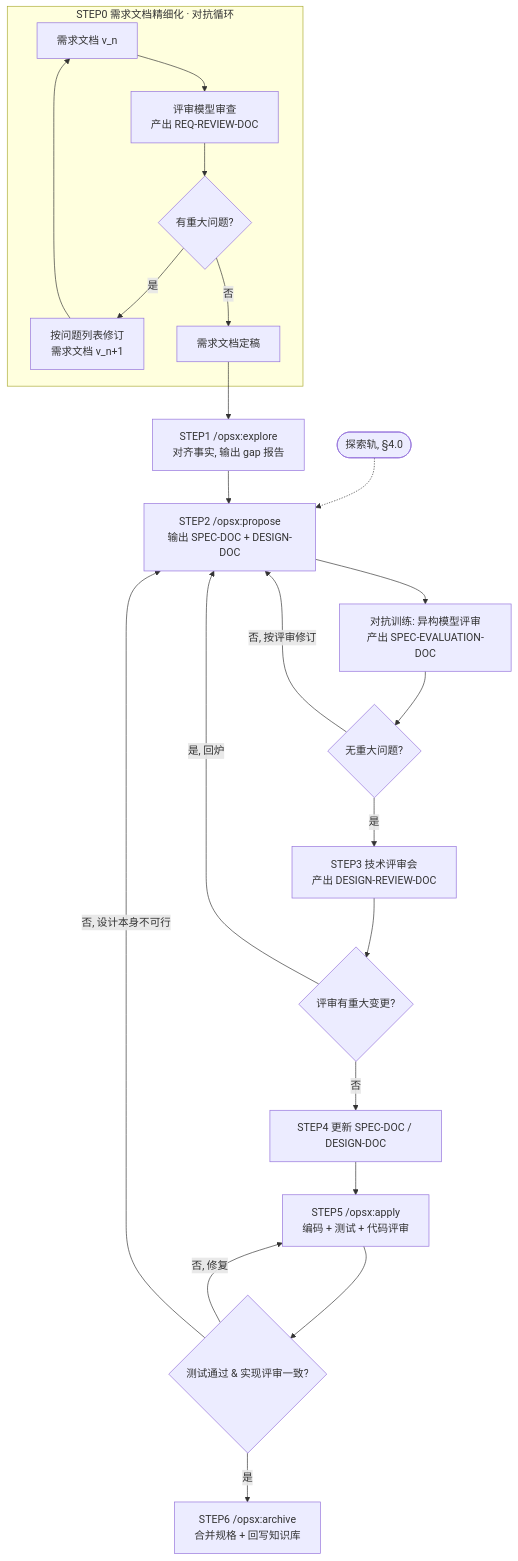
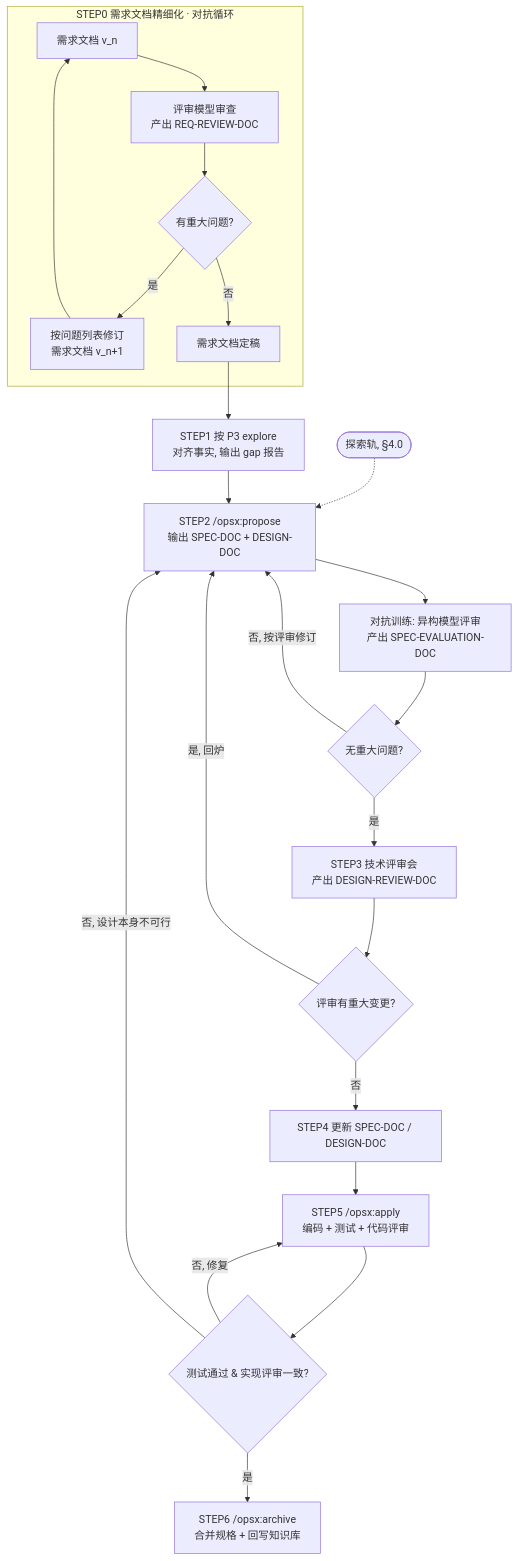
Before and after one commit to Apriorhythm/apriori-spec-development: the second of 3 diagrams in README_cn.md, drawn with Mermaid. The commit also changed other lines of this file and 3 other files, not shown here.

First line of the commit message:
fix: P8 round 1 — sync README to the new STEP1/explore semantics, P7 re-absorbs the produce-the-record mandate, README config examples drop rules.apply

````diff
--- a/README_cn.md
+++ b/README_cn.md
@@ -368,29 +368,29 @@
 ```mermaid
 graph TD
     %% 节点以适配器命令(/opsx:*)标示接口动作
     X0([探索轨, §4.0]) -.-> C
     subgraph S0[STEP0 需求文档精细化 · 对抗循环]
         A1[需求文档 v_n] --> A2[评审模型审查<br/>产出 REQ-REVIEW-DOC]
         A2 --> A3{有重大问题?}
         A3 -- 是 --> A4[按问题列表修订<br/>需求文档 v_n+1]
         A4 --> A1
         A3 -- 否 --> A5[需求文档定稿]
     end
 
-    A5 --> B[STEP1 /opsx:explore<br/>对齐事实, 输出 gap 报告]
+    A5 --> B[STEP1 按 P3 explore<br/>对齐事实, 输出 gap 报告]
     B --> C[STEP2 /opsx:propose<br/>输出 SPEC-DOC + DESIGN-DOC]
 
     C --> D[对抗训练: 异构模型评审<br/>产出 SPEC-EVALUATION-DOC]
     D --> D2{无重大问题?}
     D2 -- 否, 按评审修订 --> C
 
     D2 -- 是 --> E[STEP3 技术评审会<br/>产出 DESIGN-REVIEW-DOC]
     E --> F{评审有重大变更?}
     F -- 是, 回炉 --> C
     F -- 否 --> G[STEP4 更新 SPEC-DOC / DESIGN-DOC]
     G --> H[STEP5 /opsx:apply<br/>编码 + 测试 + 代码评审]
     H --> H2{测试通过 & 实现评审一致?}
     H2 -- 否, 修复 --> H
     H2 -- 否, 设计本身不可行 --> C
     H2 -- 是 --> I[STEP6 /opsx:archive<br/>合并规格 + 回写知识库]
 ```
````
